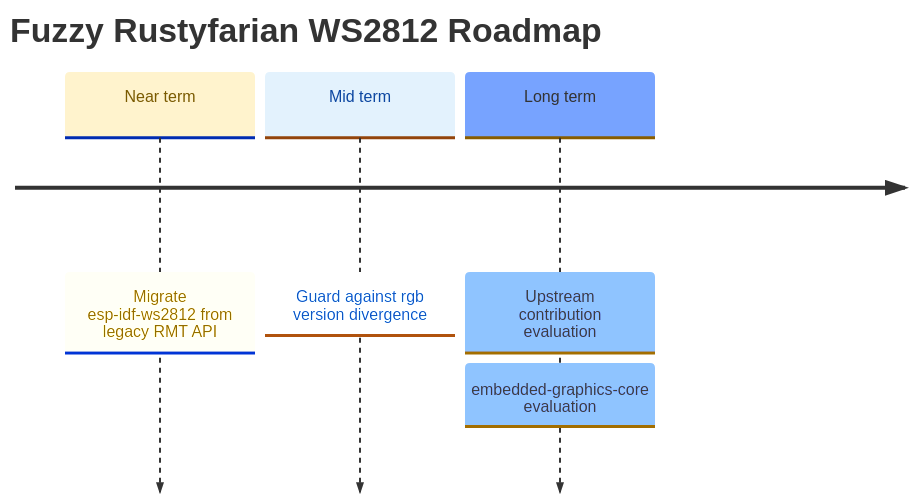
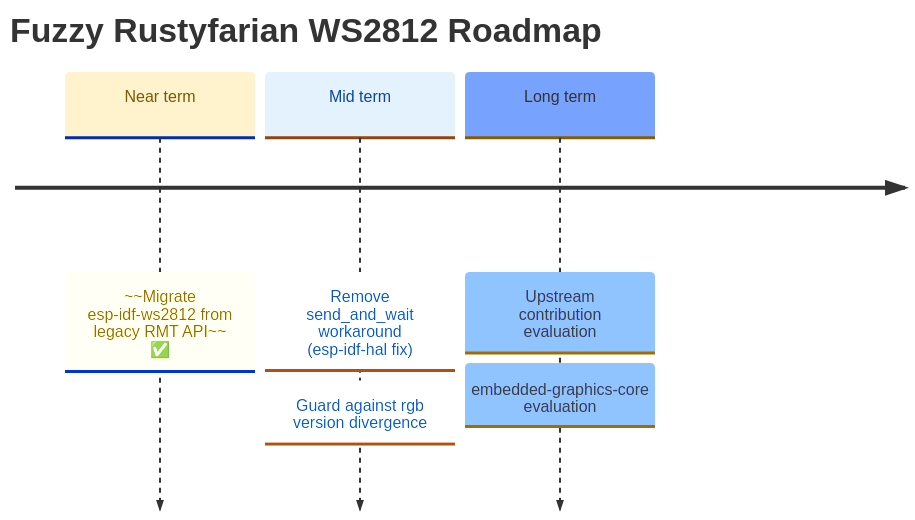
One commit to datenkollektiv/rustyfarian-ws2812 changed the diagram in docs/ROADMAP.md. Above: the diagram before and after it, drawn with Mermaid. The commit also changed other lines of this file and 18 other files, not shown here.

First line of the commit message:
Migrate from legacy RMT API to new `esp-idf-hal 0.46` RMT API

````diff
--- a/docs/ROADMAP.md
+++ b/docs/ROADMAP.md
@@ -9,21 +9,22 @@
 ```mermaid
 %%{init: {
   "theme": "base",
   "themeVariables": {
     "cScale0": "#fff3cd",
     "cScaleLabel0": "#7a5a00",
     "cScale1": "#e3f2fd",
     "cScaleLabel1": "#0d47a1"
   }
 }}%%
 
 timeline
     title Fuzzy Rustyfarian WS2812 Roadmap
 
-    Near term : Migrate esp-idf-ws2812 from legacy RMT API
+    Near term : ~~Migrate esp-idf-ws2812 from legacy RMT API~~ ✅
 
-    Mid term  : Guard against rgb version divergence
+    Mid term  : Remove send_and_wait workaround (esp-idf-hal fix)
+              : Guard against rgb version divergence
 
     Long term : Upstream contribution evaluation
               : embedded-graphics-core evaluation
 ```
````
